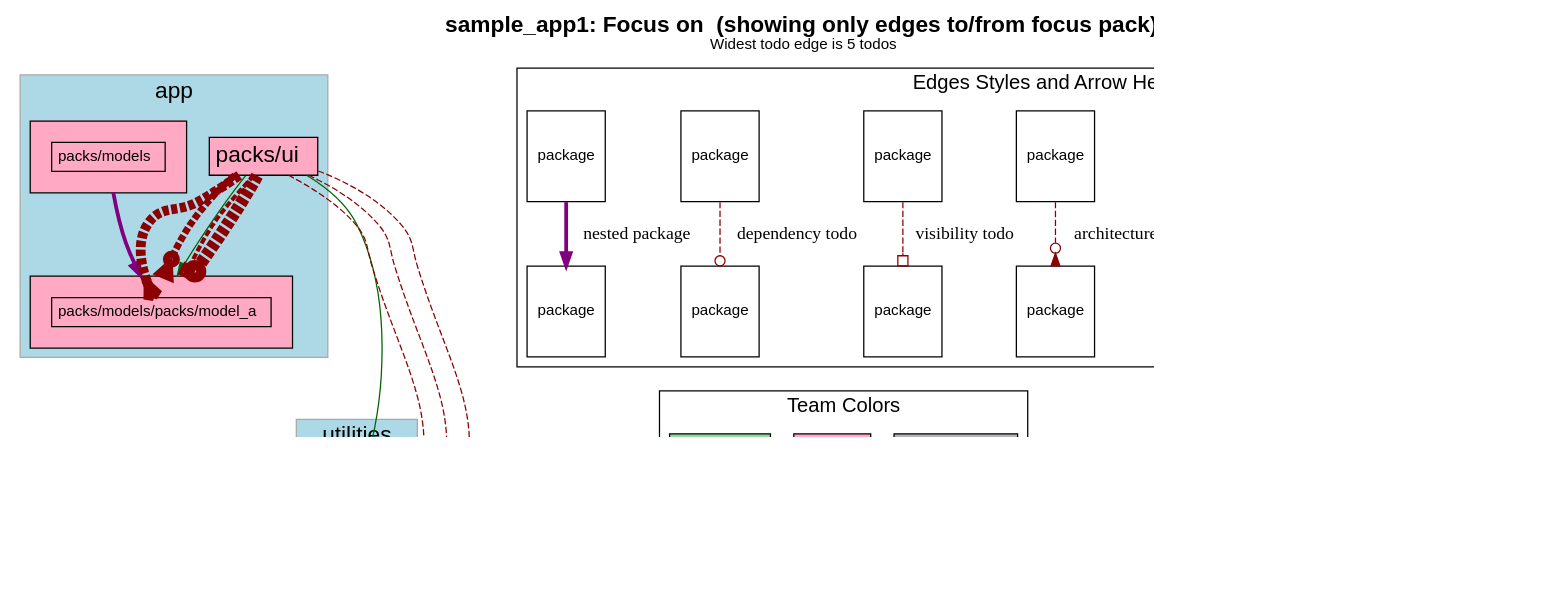
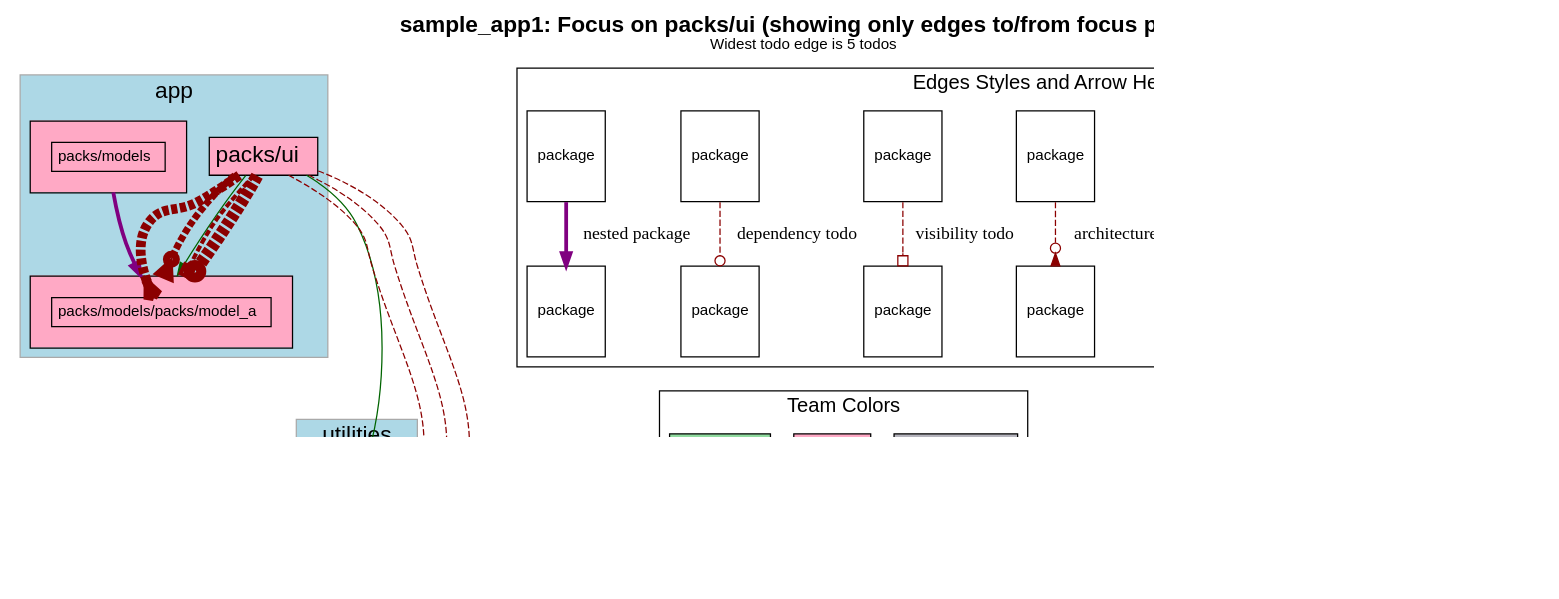
The diagram in spec/sample_app1/test_output/focussed_on_packs_ui_focus_edges.dot (rubyatscale/visualize_packs), drawn with Graphviz before and after one commit. The commit also changed 3 other files, not shown here.

```diff
--- a/spec/sample_app1/test_output/focussed_on_packs_ui_focus_edges.dot
+++ b/spec/sample_app1/test_output/focussed_on_packs_ui_focus_edges.dot
@@ -5,7 +5,7 @@
     fontname="Helvetica,Arial,sans-serif"
     dpi=100
     layout=dot
-    label=<<b>sample_app1: Focus on  (showing only edges to/from focus pack)</b><br/><font point-size='12'>Widest todo edge is 5 todos</font>>
+    label=<<b>sample_app1: Focus on packs/ui (showing only edges to/from focus pack)</b><br/><font point-size='12'>Widest todo edge is 5 todos</font>>
     fontsize=18
   ]
   node [
```
